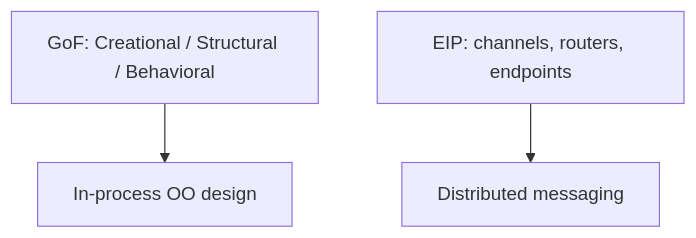
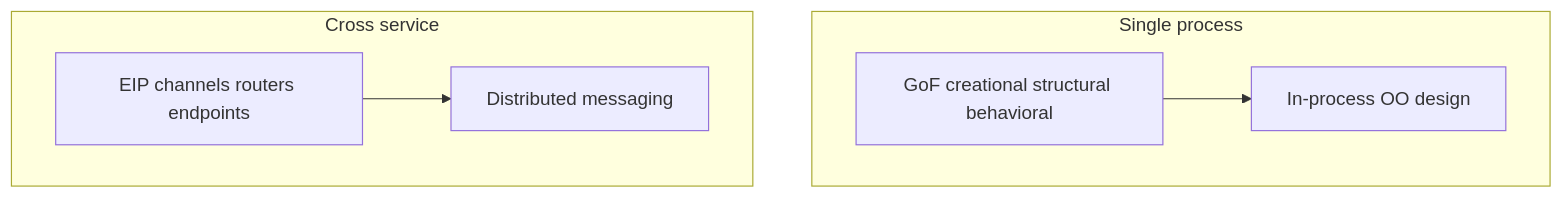
The diagram in disciplines/engineering/software-engineering/patterns/README.md (autowww/blueprints), drawn with Mermaid before and after one commit. The commit also changed 7 other files, not shown here.

First line of the commit message:
docs: enrich Mermaid diagrams with subgraphs and Forge style guidance

````diff
--- a/disciplines/engineering/software-engineering/patterns/README.md
+++ b/disciplines/engineering/software-engineering/patterns/README.md
@@ -11,5 +11,9 @@
 ```mermaid
 flowchart TB
-    GoF[GoF: Creational / Structural / Behavioral] --> IP[In-process OO design]
-    EIP[EIP: channels, routers, endpoints] --> DIST[Distributed messaging]
+  subgraph OO["Single process"]
+    GoF[GoF creational structural behavioral] --> IP[In-process OO design]
+  end
+  subgraph Dist["Cross service"]
+    EIP[EIP channels routers endpoints] --> DIST[Distributed messaging]
+  end
 ```
````
